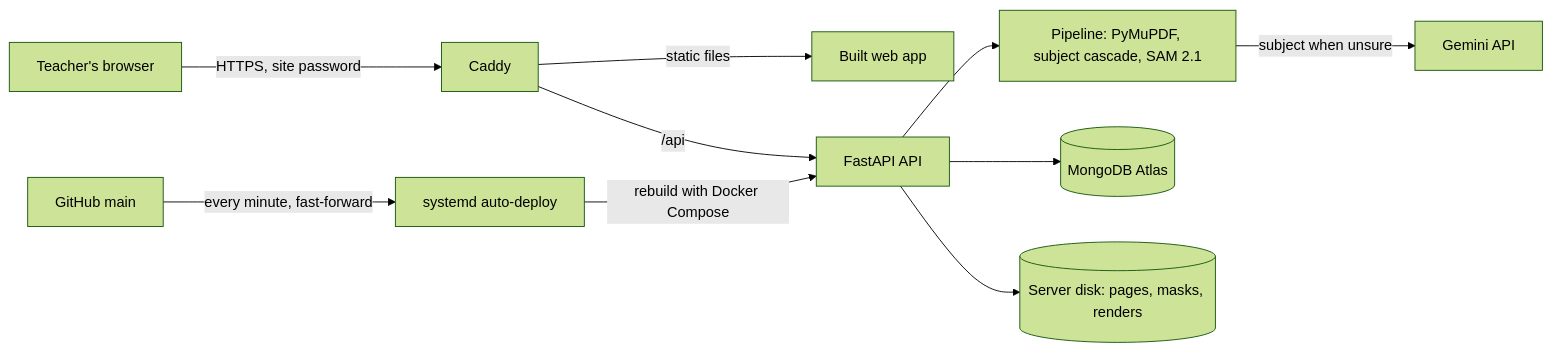
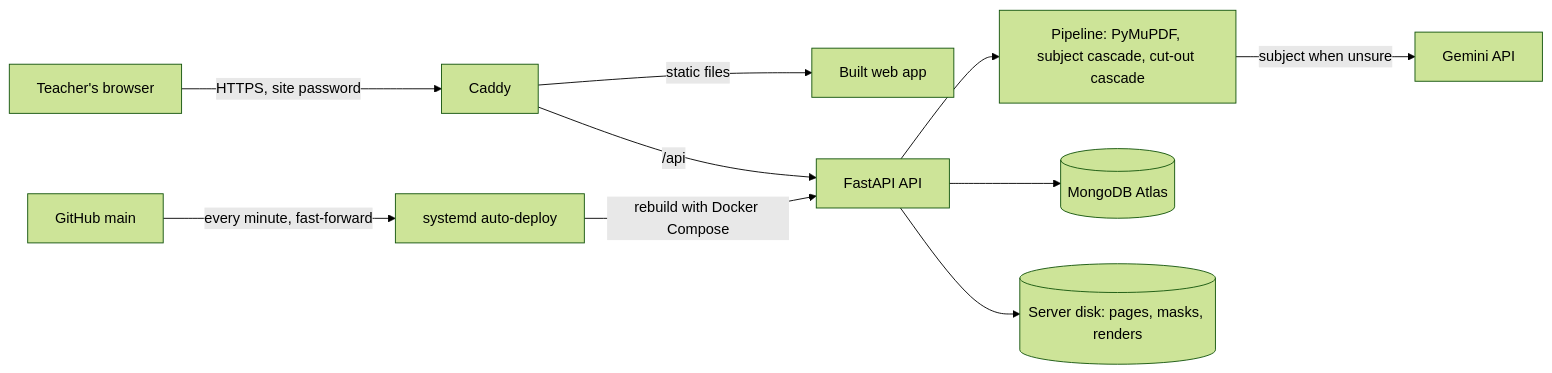
The second of 2 diagrams in README.md (bryanmsh/hackumassXIV), drawn with Mermaid (forest theme) before and after one commit. The commit also changed other lines of this file and 2 other files, not shown here.

First line of the commit message:
Docs: the cut-out cascade is live (SEGMENTER=cascade, threshold 0.75)

````diff
--- a/README.md
+++ b/README.md
@@ -223,12 +224,12 @@
 ```mermaid
 flowchart LR
     U[Teacher's browser] -->|HTTPS, site password| C[Caddy]
     C -->|static files| W[Built web app]
     C -->|/api| A[FastAPI API]
-    A --> P[Pipeline: PyMuPDF, subject cascade, SAM 2.1]
+    A --> P[Pipeline: PyMuPDF, subject cascade, cut-out cascade]
     P -->|subject when unsure| G[Gemini API]
     A --> M[(MongoDB Atlas)]
     A --> D[(Server disk: pages, masks, renders)]
     GH[GitHub main] -->|every minute, fast-forward| S[systemd auto-deploy]
     S -->|rebuild with Docker Compose| A
 ```
````
